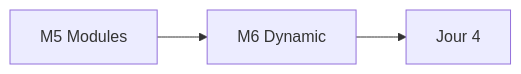
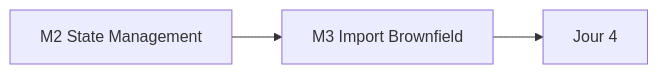
The diagram in courses/day-03/README.md (msellamiTN/data-plateform-iac), drawn with Mermaid before and after one commit. The commit also changed other lines of this file and 142 other files, not shown here.

````diff
--- a/courses/day-03/README.md
+++ b/courses/day-03/README.md
@@ -40,5 +35,5 @@
 ```mermaid
 flowchart LR
-    M5[M5 Modules] --> M6[M6 Dynamic]
-    M6 --> J4[Jour 4]
+    M2[M2 State Management] --> M3[M3 Import Brownfield]
+    M3 --> J4[Jour 4]
 ```
````
